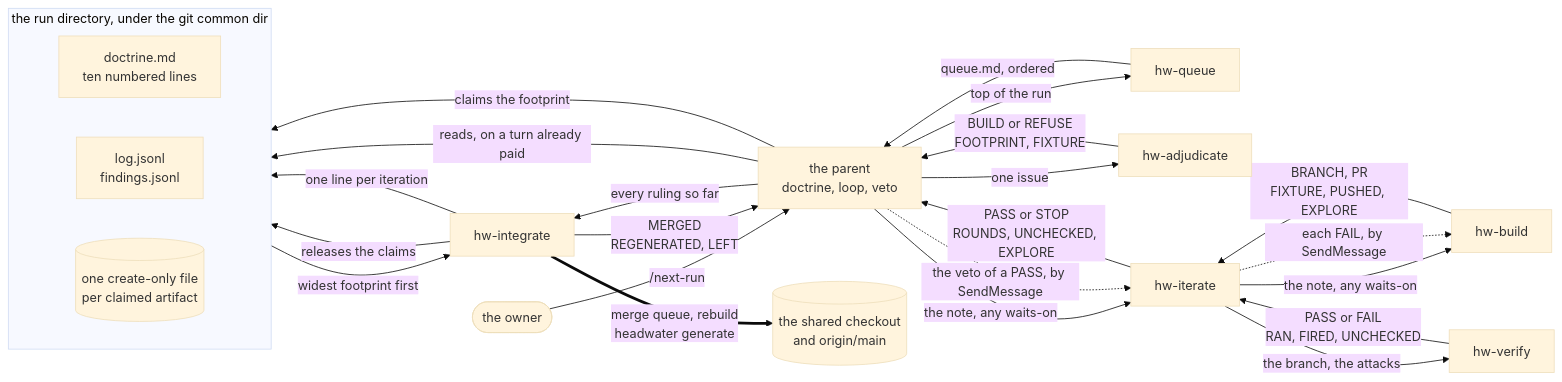
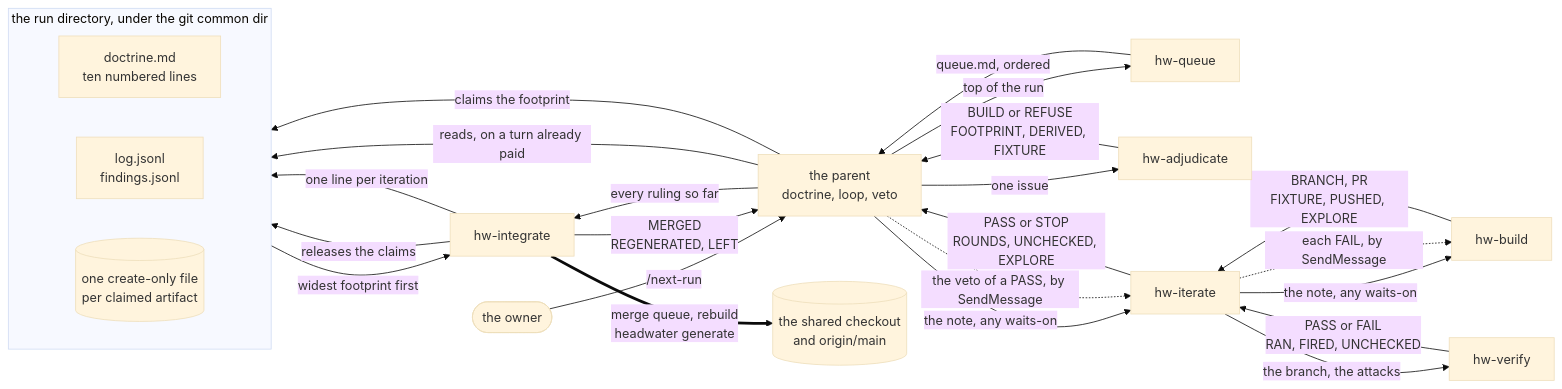
Before and after one commit to headwater-ai/headwater: the diagram in docs/process/specs/orchestration-architecture.md, drawn with Mermaid (base theme). The commit also changed other lines of this file and 8 other files, not shown here.

````diff
--- a/docs/process/specs/orchestration-architecture.md
+++ b/docs/process/specs/orchestration-architecture.md
@@ -64,36 +64,36 @@
 ```mermaid
 flowchart LR
     owner(["the owner"]) -->|"/next-run"| parent["the parent<br/>doctrine, loop, veto"]
 
     parent -->|"top of the run"| queue["hw-queue"]
     parent -->|"one issue"| adjudicate["hw-adjudicate"]
     parent -->|"the note, any waits-on"| iterate["hw-iterate"]
     iterate -->|"the note, any waits-on"| build["hw-build"]
     iterate -->|"the branch, the attacks"| verify["hw-verify"]
     parent -->|"every ruling so far"| integrate["hw-integrate"]
 
     queue -->|"queue.md, ordered"| parent
-    adjudicate -->|"BUILD or REFUSE<br/>FOOTPRINT, FIXTURE"| parent
+    adjudicate -->|"BUILD or REFUSE<br/>FOOTPRINT, DERIVED, FIXTURE"| parent
     build -->|"BRANCH, PR<br/>FIXTURE, PUSHED, EXPLORE"| iterate
     verify -->|"PASS or FAIL<br/>RAN, FIRED, UNCHECKED"| iterate
     iterate -->|"PASS or STOP<br/>ROUNDS, UNCHECKED, EXPLORE"| parent
     integrate -->|"MERGED<br/>REGENERATED, LEFT"| parent
 
     parent -.->|"the veto of a PASS, by SendMessage"| iterate
     iterate -.->|"each FAIL, by SendMessage"| build
 
     subgraph rundir["the run directory, under the git common dir"]
         direction LR
         doctrine["doctrine.md<br/>ten numbered lines"]
         ledger["log.jsonl<br/>findings.jsonl"]
         claims[("one create-only file<br/>per claimed artifact")]
     end
 
     parent -->|"reads, on a turn already paid"| doctrine
     parent -->|"claims the footprint"| claims
     claims -->|"widest footprint first"| integrate
     integrate -->|"releases the claims"| claims
     integrate -->|"one line per iteration"| ledger
 
     integrate ==>|"merge queue, rebuild<br/>headwater generate"| checkout[("the shared checkout<br/>and origin/main")]
 ```
````
